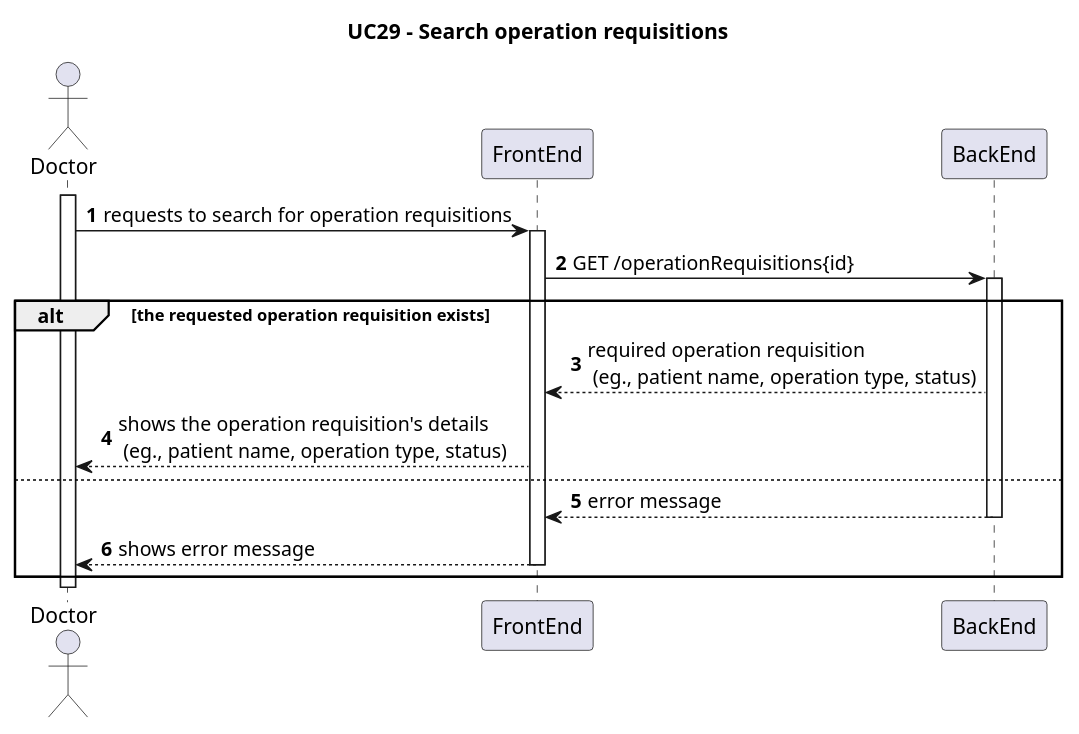
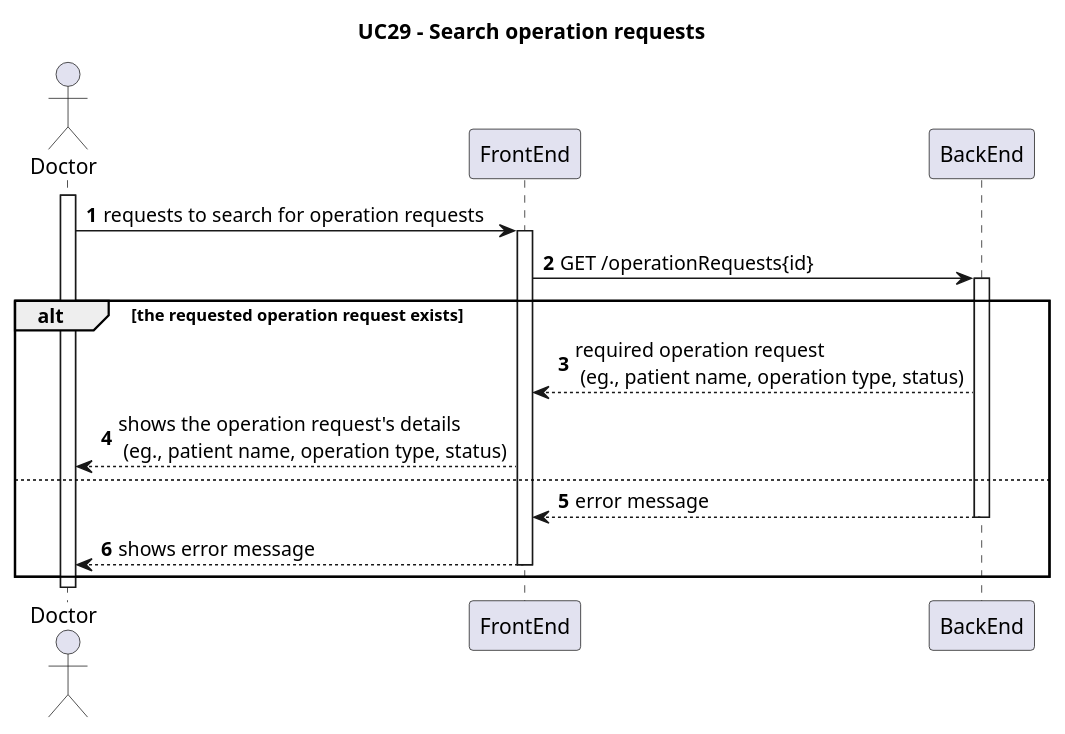
One commit to MiguelCardoso77/SurgicalSync-BackEnd changed the diagram in Wiki/SprintA/diagrams/use-cases/29-search-operation-requisitions/level2/process-view.puml. Above: the diagram before and after it, drawn with PlantUML. The commit also changed 17 other files, not shown here.

```diff
--- a/Wiki/SprintA/diagrams/use-cases/29-search-operation-requisitions/level2/process-view.puml
+++ b/Wiki/SprintA/diagrams/use-cases/29-search-operation-requisitions/level2/process-view.puml
@@ -1,41 +1,41 @@
 @startuml
 autonumber
 
-Title "UC29 - Search operation requisitions"
+Title "UC29 - Search operation requests"
 
 actor "Doctor" as D
 participant "FrontEnd" as FE
 participant "BackEnd" as BE
 
 activate D
 
-D -> FE: requests to search for operation requisitions
+D -> FE: requests to search for operation requests
 
     activate FE
     
-    FE -> BE : GET /operationRequisitions{id}
+    FE -> BE : GET /operationRequests{id}
     
-    alt the requested operation requisition exists
+    alt the requested operation request exists
     
     activate BE
     
-    BE --> FE : required operation requisition \n (eg., patient name, operation type, status)
+    BE --> FE : required operation request \n (eg., patient name, operation type, status)
     
     
-    FE --> D: shows the operation requisition's details \n (eg., patient name, operation type, status)
+    FE --> D: shows the operation request's details \n (eg., patient name, operation type, status)
     
     else 
     
     BE --> FE : error message
     
     deactivate BE
     
     FE --> D : shows error message
     
     deactivate FE 
     
     end
     
 deactivate D
 
 @enduml
```
